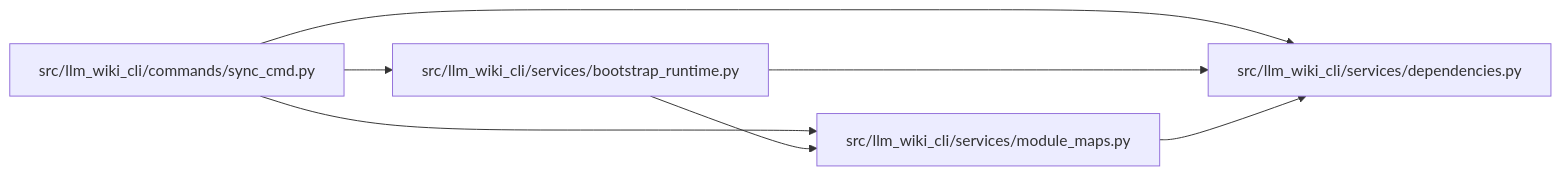
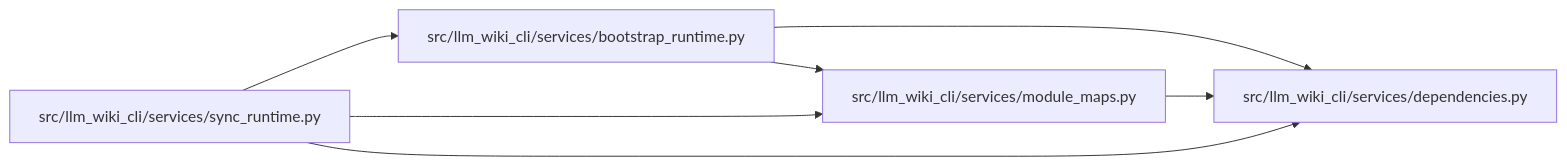
One commit to Denissvgn/python-wiki-llm changed the diagram in docs/llm_wiki/modules/module_maps.md. Above: the diagram before and after it, drawn with Mermaid. The commit also changed other lines of this file and 1555 other files, not shown here.

````diff
--- a/docs/llm_wiki/modules/module_maps.md
+++ b/docs/llm_wiki/modules/module_maps.md
@@ -25,17 +25,17 @@
 ```mermaid
 flowchart LR
-    n0["src/llm_wiki_cli/commands/sync_cmd.py"]
-    n1["src/llm_wiki_cli/services/bootstrap_runtime.py"]
-    n2["src/llm_wiki_cli/services/dependencies.py"]
-    n3["src/llm_wiki_cli/services/module_maps.py"]
+    n0["src/llm_wiki_cli/services/bootstrap_runtime.py"]
+    n1["src/llm_wiki_cli/services/dependencies.py"]
+    n2["src/llm_wiki_cli/services/module_maps.py"]
+    n3["src/llm_wiki_cli/services/sync_runtime.py"]
     n0 --> n1
     n0 --> n2
-    n0 --> n3
-    n1 --> n2
-    n1 --> n3
+    n2 --> n1
+    n3 --> n0
+    n3 --> n1
     n3 --> n2
-    click n0 "../modules/sync_cmd.md"
-    click n1 "../modules/bootstrap_runtime.md"
-    click n2 "../modules/services_dependencies.md"
-    click n3 "../modules/module_maps.md"
+    click n0 "../modules/bootstrap_runtime.md"
+    click n1 "../modules/services_dependencies.md"
+    click n2 "../modules/module_maps.md"
+    click n3 "../modules/sync_runtime.md"
 ```
````
